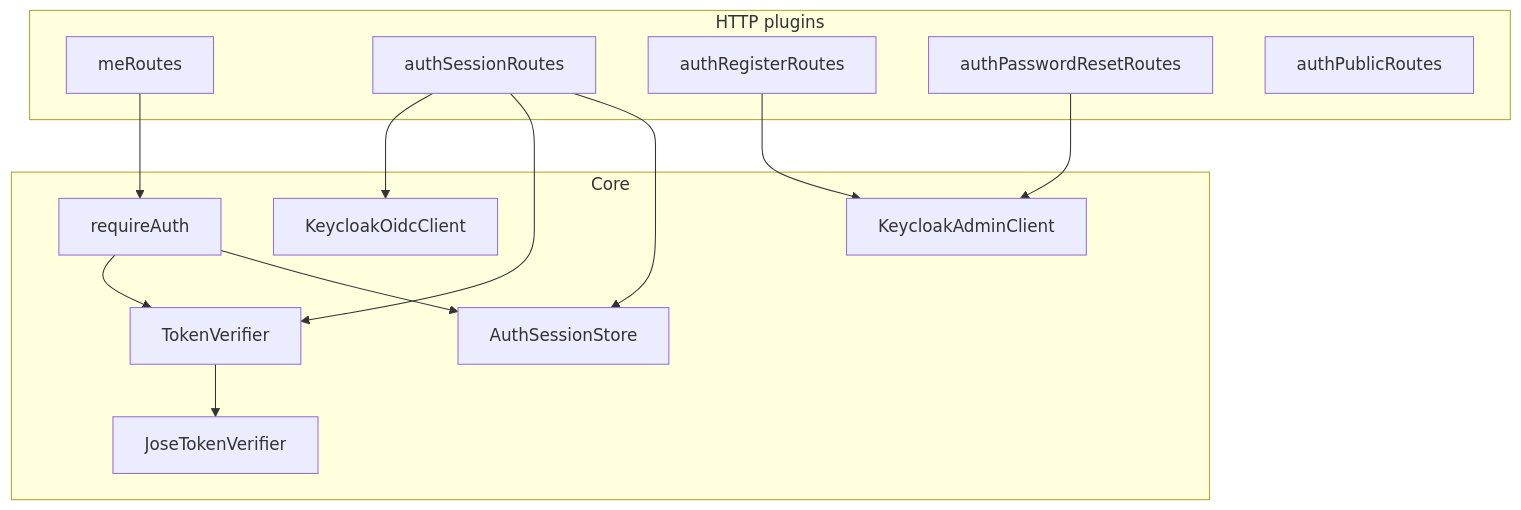
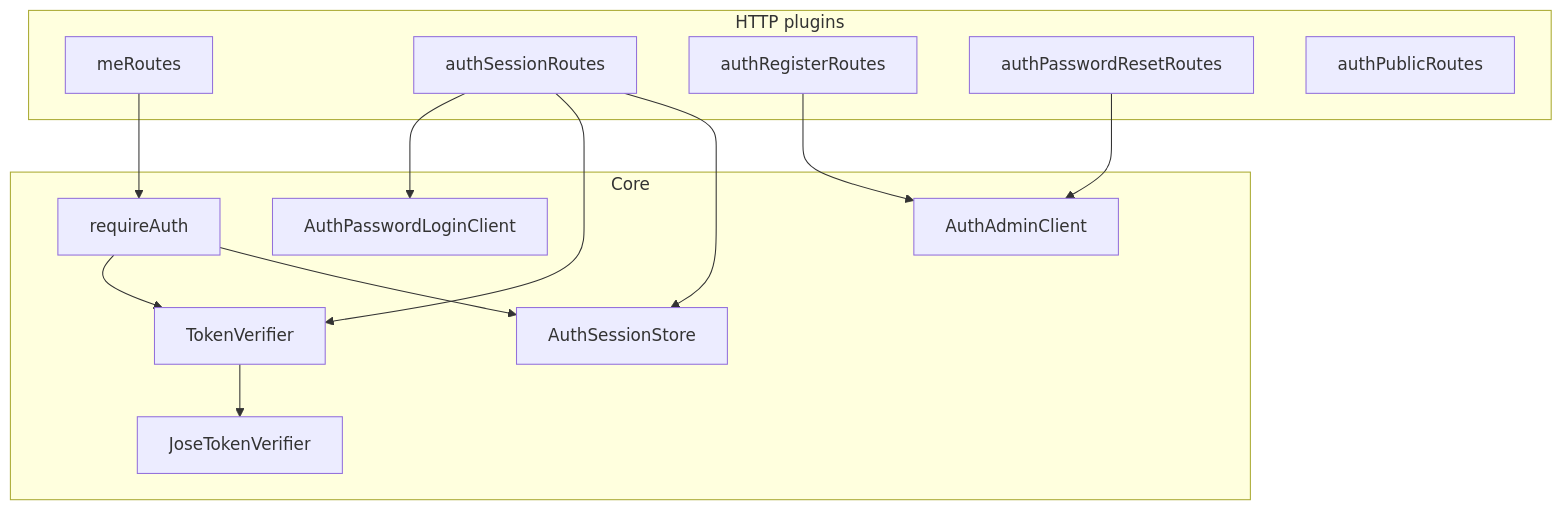
The first of 2 diagrams in docs/architecture/modules/identity-access-module.md (TommyKolb/GlossaDocs), drawn with Mermaid before and after one commit. The commit also changed other lines of this file and 27 other files, not shown here.

````diff
--- a/docs/architecture/modules/identity-access-module.md
+++ b/docs/architecture/modules/identity-access-module.md
@@ -28,27 +28,27 @@
 ```mermaid
 flowchart TB
   subgraph routes [HTTP plugins]
     me[meRoutes]
     sess[authSessionRoutes]
     reg[authRegisterRoutes]
     pw[authPasswordResetRoutes]
     pub[authPublicRoutes]
   end
   subgraph core [Core]
     ra[requireAuth]
     tv[TokenVerifier]
     jose[JoseTokenVerifier]
     store[AuthSessionStore]
-    oidc[KeycloakOidcClient]
-    admin[KeycloakAdminClient]
+    oidc[AuthPasswordLoginClient]
+    admin[AuthAdminClient]
   end
   me --> ra
   sess --> oidc
   sess --> tv
   sess --> store
   reg --> admin
   pw --> admin
   ra --> tv
   tv --> jose
   ra --> store
 ```
````
